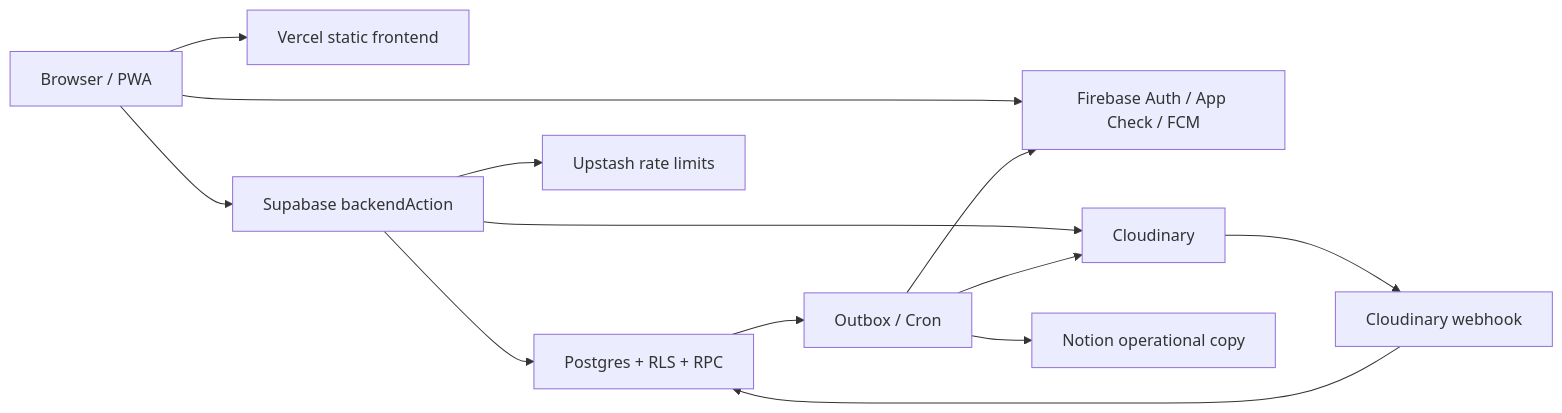
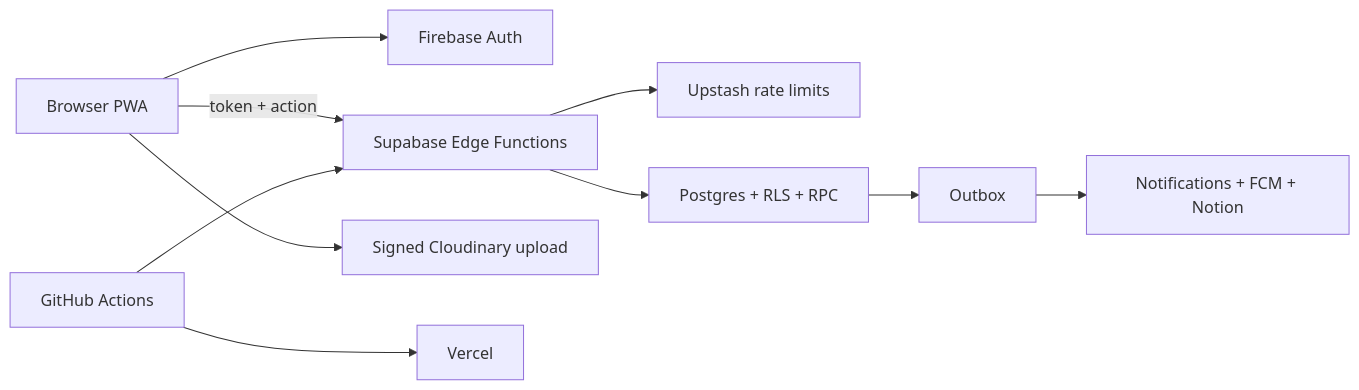
One commit to tavricccc/novae-website changed the diagram in docs/en/architecture.md. Above: the diagram before and after it, drawn with Mermaid. The commit also changed other lines of this file and 68 other files, not shown here.

Commit message:
Refactor code structure for improved readability and maintainability; removed redundant sections and optimized logic flow.

````diff
--- a/docs/en/architecture.md
+++ b/docs/en/architecture.md
@@ -9,15 +3,12 @@
 ```mermaid
 flowchart LR
-  Browser["Browser / PWA"] --> Vercel["Vercel static frontend"]
-  Browser --> Firebase["Firebase Auth / App Check / FCM"]
-  Browser --> Gateway["Supabase backendAction"]
-  Gateway --> Postgres["Postgres + RLS + RPC"]
-  Gateway --> Redis["Upstash rate limits"]
-  Gateway --> Images["Cloudinary"]
-  Postgres --> Worker["Outbox / Cron"]
-  Worker --> Firebase
-  Worker --> Notion["Notion operational copy"]
-  Worker --> Images
-  Images --> Webhook["Cloudinary webhook"]
-  Webhook --> Postgres
+  U[Browser PWA] --> F[Firebase Auth]
+  U -->|token + action| E[Supabase Edge Functions]
+  E --> R[Upstash rate limits]
+  E --> P[Postgres + RLS + RPC]
+  U --> C[Signed Cloudinary upload]
+  P --> O[Outbox]
+  O --> W[Notifications + FCM + Notion]
+  G[GitHub Actions] --> E
+  G --> V[Vercel]
 ```
````
